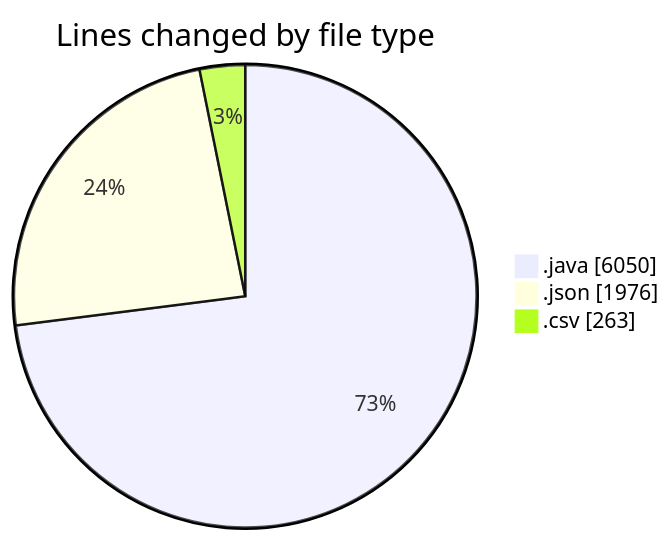
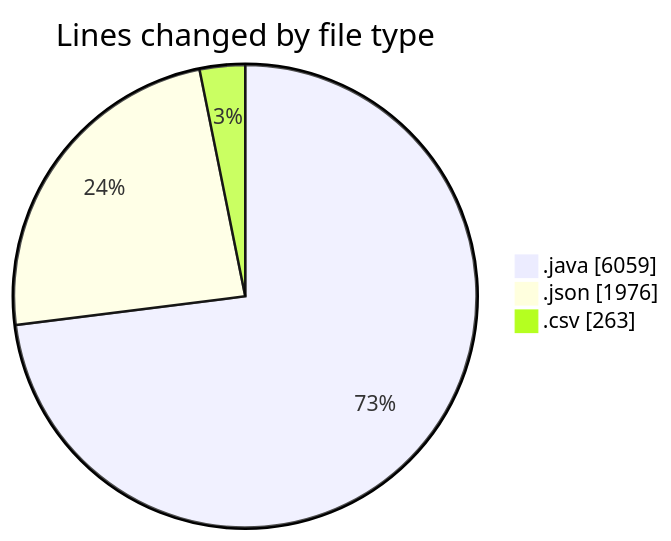
One commit to ricardozamudiocil/code-tracking changed the first of 2 diagrams in 2026-02-24/cilapp/README.md. Above: the diagram before and after it, drawn with Mermaid. The commit also changed other lines of this file and 1 other file, not shown here.

````diff
--- a/2026-02-24/cilapp/README.md
+++ b/2026-02-24/cilapp/README.md
@@ -25,7 +25,7 @@
 ```mermaid
 pie showData
 title Lines changed by file type
-".java" : 6050
+".java" : 6059
 ".json" : 1976
 ".csv" : 263
 ```
````
